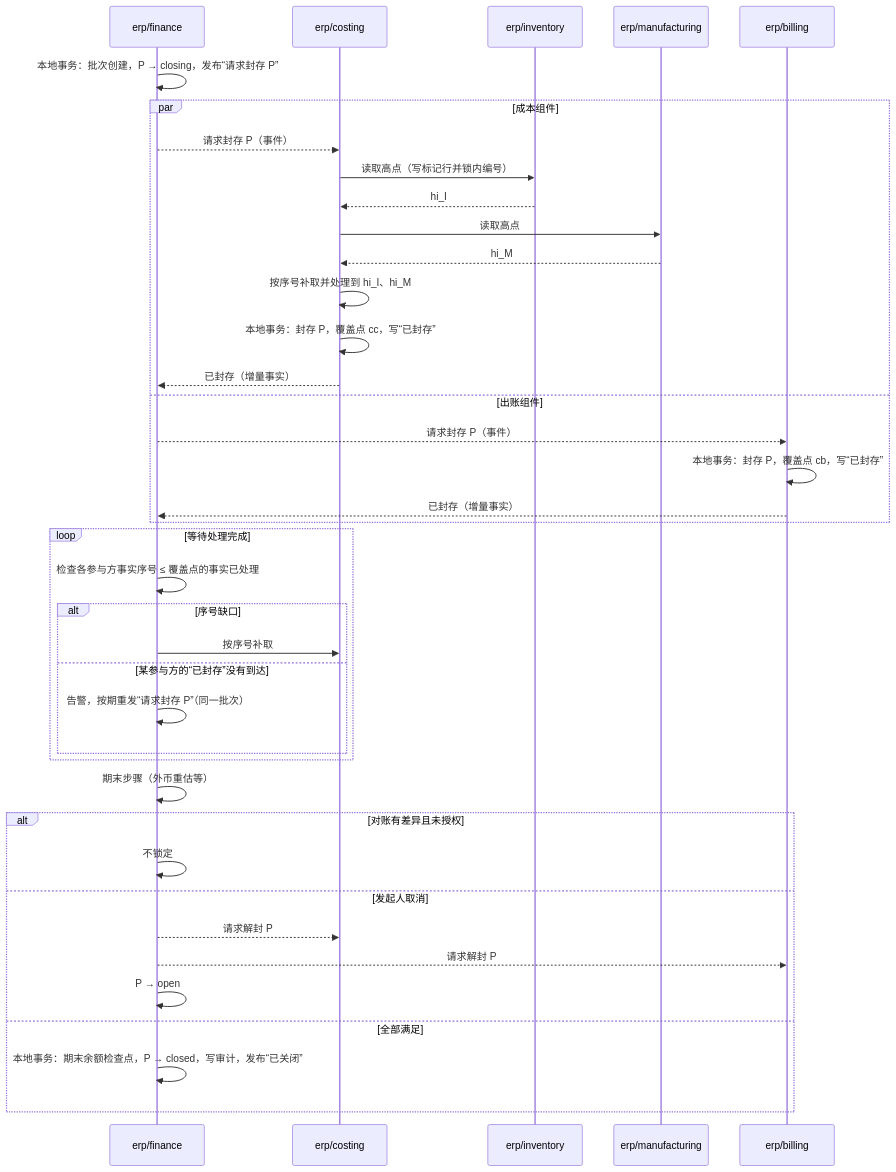
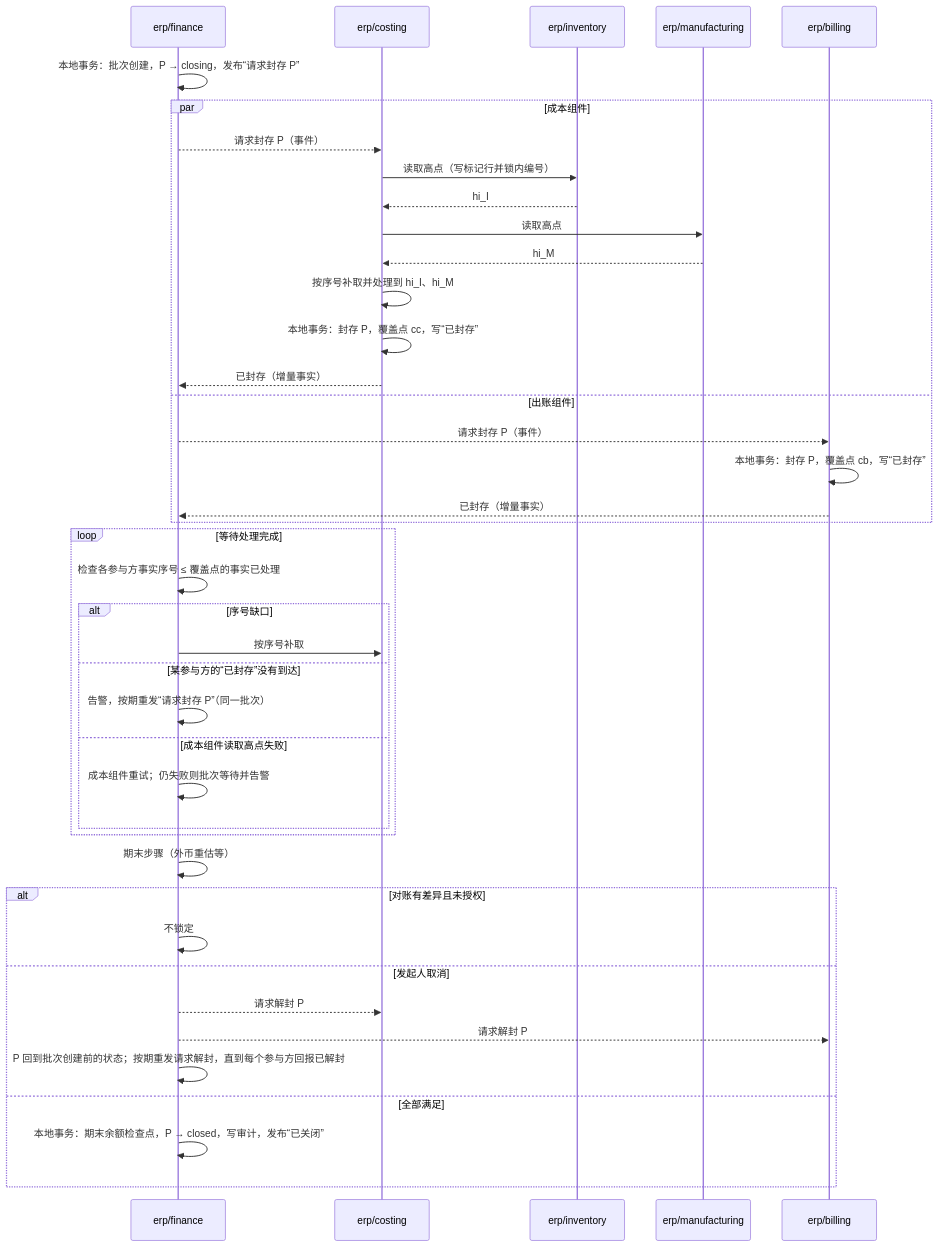
One commit to brickKit/be-assembly-standard changed the diagram in tempDocs/final/06-protocols/06-period-close.md. Above: the diagram before and after it, drawn with Mermaid. The commit also changed other lines of this file and 10 other files, not shown here.

````diff
--- a/tempDocs/final/06-protocols/06-period-close.md
+++ b/tempDocs/final/06-protocols/06-period-close.md
@@ -92,41 +98,43 @@
 ```mermaid
 sequenceDiagram
     participant F as erp/finance
     participant C as erp/costing
     participant I as erp/inventory
     participant M as erp/manufacturing
     participant B as erp/billing
     F->>F: 本地事务：批次创建，P → closing，发布“请求封存 P”
     par 成本组件
         F-->>C: 请求封存 P（事件）
         C->>I: 读取高点（写标记行并锁内编号）
         I-->>C: hi_I
         C->>M: 读取高点
         M-->>C: hi_M
         C->>C: 按序号补取并处理到 hi_I、hi_M
         C->>C: 本地事务：封存 P，覆盖点 cc，写“已封存”
         C-->>F: 已封存（增量事实）
     and 出账组件
         F-->>B: 请求封存 P（事件）
         B->>B: 本地事务：封存 P，覆盖点 cb，写“已封存”
         B-->>F: 已封存（增量事实）
     end
     loop 等待处理完成
         F->>F: 检查各参与方事实序号 ≤ 覆盖点的事实已处理
         alt 序号缺口
             F->>C: 按序号补取
         else 某参与方的“已封存”没有到达
             F->>F: 告警，按期重发“请求封存 P”（同一批次）
+        else 成本组件读取高点失败
+            F->>F: 成本组件重试；仍失败则批次等待并告警
         end
     end
     F->>F: 期末步骤（外币重估等）
     alt 对账有差异且未授权
         F->>F: 不锁定
     else 发起人取消
         F-->>C: 请求解封 P
         F-->>B: 请求解封 P
-        F->>F: P → open
+        F->>F: P 回到批次创建前的状态；按期重发请求解封，直到每个参与方回报已解封
     else 全部满足
         F->>F: 本地事务：期末余额检查点，P → closed，写审计，发布“已关闭”
     end
 ```
````
